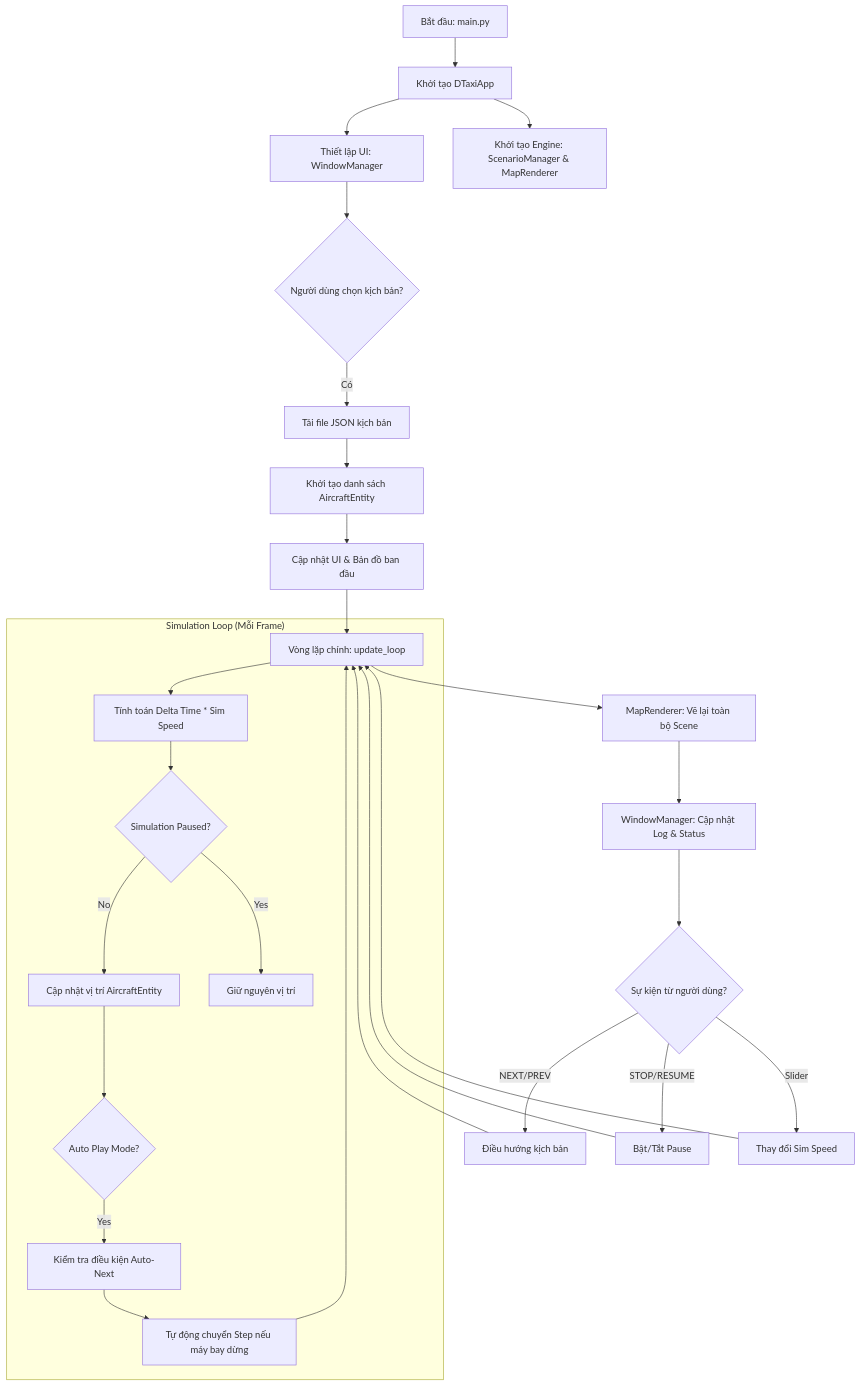
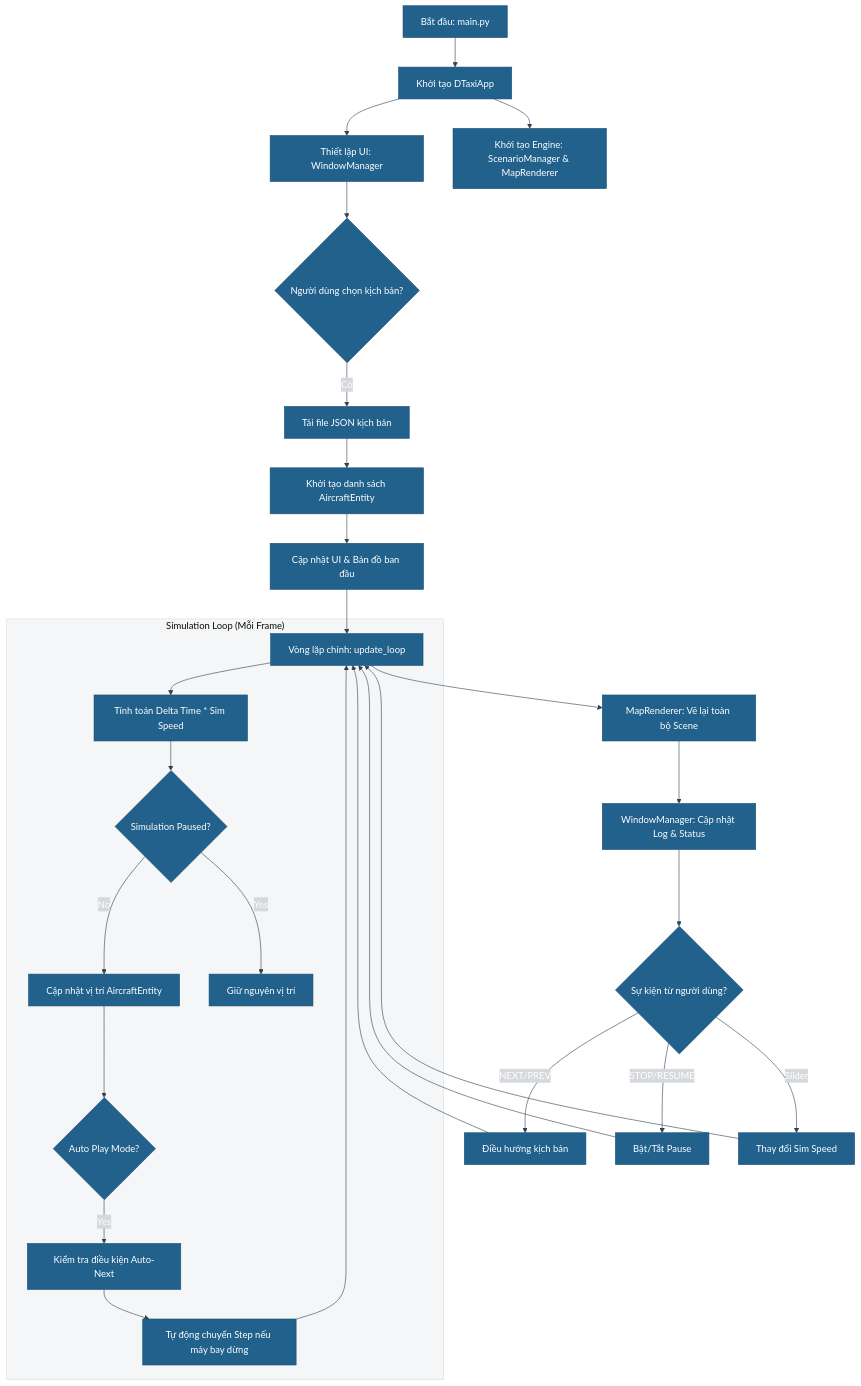
Before and after one commit to nguyenhoclaptrinh/DTaxi-airport-v3-public: the diagram in README.md, drawn with Mermaid. The commit also changed 2 other files, not shown here.

Commit message:
style: cập nhật màu sắc sơ đồ Mermaid chuyên nghiệp

````diff
--- a/README.md
+++ b/README.md
@@ -69,36 +69,37 @@
 ```mermaid
+%%{init: {'theme': 'base', 'themeVariables': { 'primaryColor': '#21618C', 'primaryTextColor': '#fff', 'primaryBorderColor': '#1B4F72', 'lineColor': '#2E4053', 'secondaryColor': '#D5D8DC', 'tertiaryColor': '#F4F6F7' }}}%%
 graph TD
     A[Bắt đầu: main.py] --> B[Khởi tạo DTaxiApp]
     B --> C[Thiết lập UI: WindowManager]
     B --> D[Khởi tạo Engine: ScenarioManager & MapRenderer]
     
     C --> E{Người dùng chọn kịch bản?}
     E -- Có --> F[Tải file JSON kịch bản]
     F --> G[Khởi tạo danh sách AircraftEntity]
     G --> H[Cập nhật UI & Bản đồ ban đầu]
     
     H --> I[Vòng lặp chính: update_loop]
     
     subgraph "Simulation Loop (Mỗi Frame)"
         I --> J[Tính toán Delta Time * Sim Speed]
         J --> K{Simulation Paused?}
         K -- No --> L[Cập nhật vị trí AircraftEntity]
         K -- Yes --> M[Giữ nguyên vị trí]
         L --> N{Auto Play Mode?}
         N -- Yes --> O[Kiểm tra điều kiện Auto-Next]
         O --> P[Tự động chuyển Step nếu máy bay dừng]
     end
     
     I --> Q[MapRenderer: Vẽ lại toàn bộ Scene]
     Q --> R[WindowManager: Cập nhật Log & Status]
     
     R --> S{Sự kiện từ người dùng?}
     S -- NEXT/PREV --> T[Điều hướng kịch bản]
     S -- STOP/RESUME --> U[Bật/Tắt Pause]
     S -- Slider --> V[Thay đổi Sim Speed]
     
     T --> I
     U --> I
     V --> I
     P --> I
 ```
````
